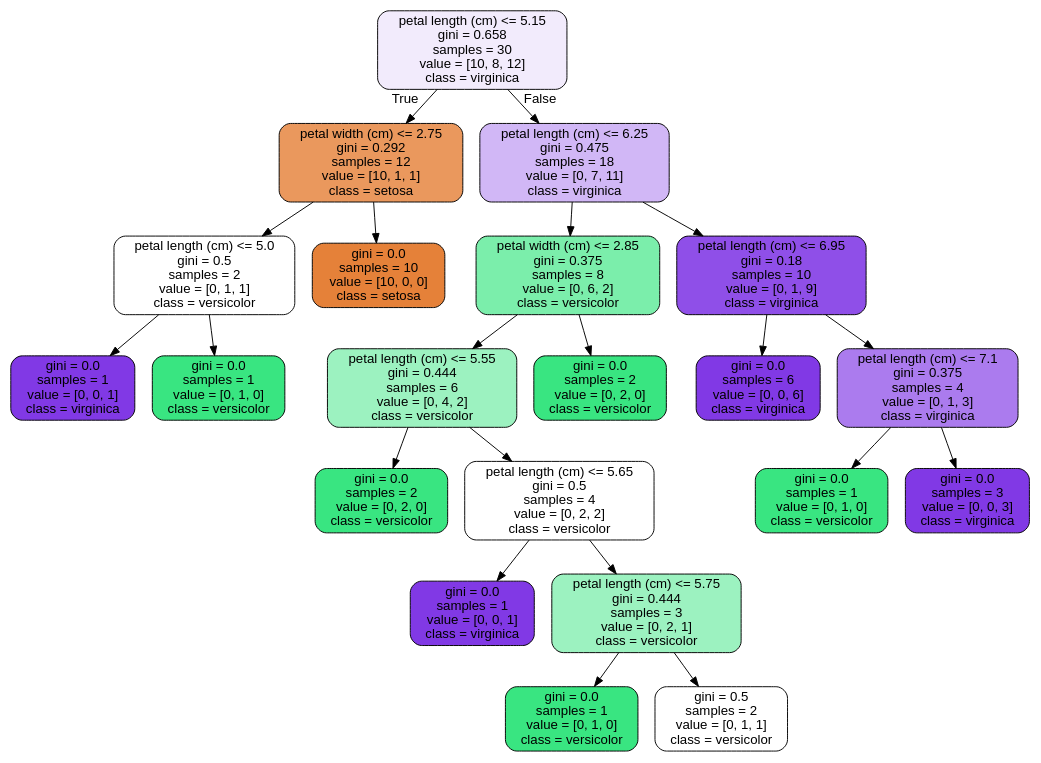
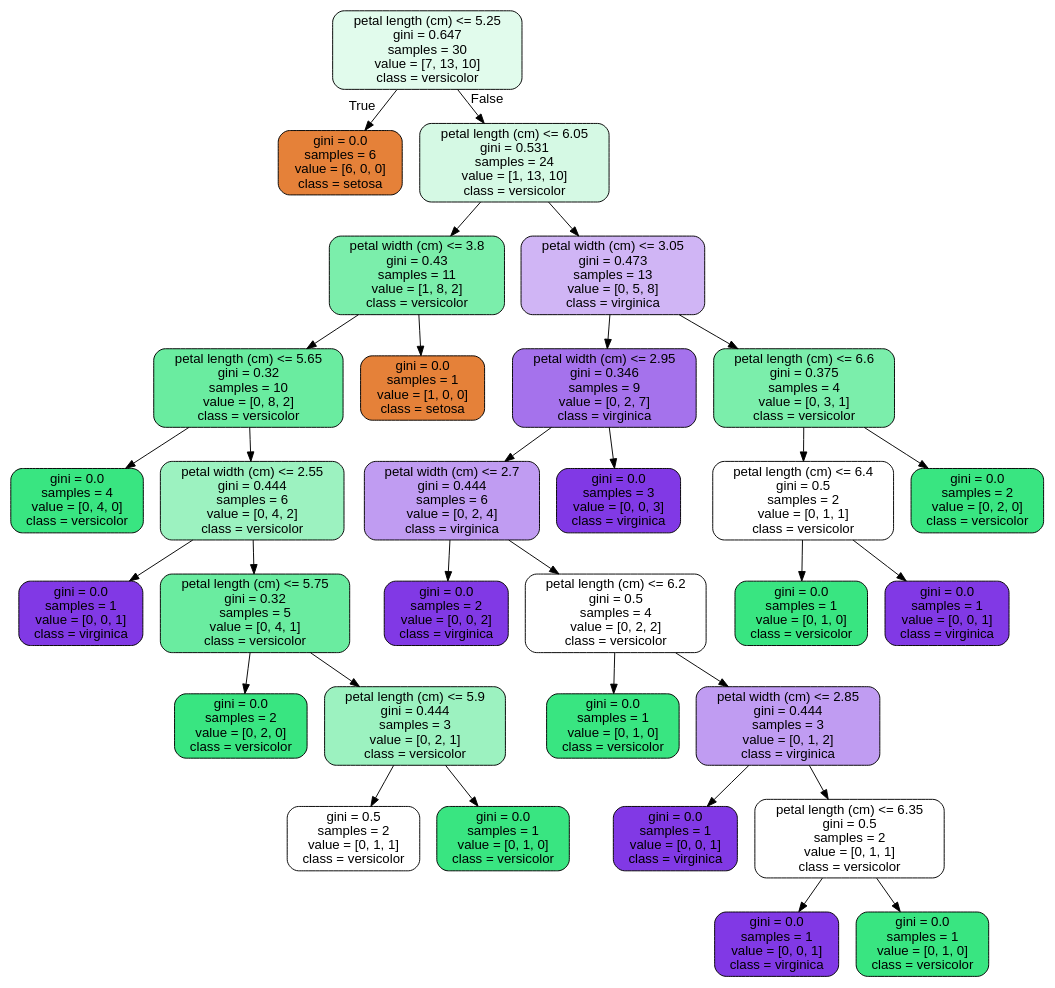
One commit to JoseDeJesusMendozaBecerril/Practica4_MineriaDeDatos changed the diagram in images/decision_trees/iris_tree_test.dot. Above: the diagram before and after it, drawn with Graphviz. The commit also changed 8 other files, not shown here.

```diff
--- a/images/decision_trees/iris_tree_test.dot
+++ b/images/decision_trees/iris_tree_test.dot
@@ -1,45 +1,65 @@
 digraph Tree {
 node [shape=box, style="filled, rounded", color="black", fontname=helvetica] ;
 edge [fontname=helvetica] ;
-0 [label="petal length (cm) <= 5.15\ngini = 0.658\nsamples = 30\nvalue = [10, 8, 12]\nclass = virginica", fillcolor="#f2ebfc"] ;
-1 [label="petal width (cm) <= 2.75\ngini = 0.292\nsamples = 12\nvalue = [10, 1, 1]\nclass = setosa", fillcolor="#ea985d"] ;
+0 [label="petal length (cm) <= 5.25\ngini = 0.647\nsamples = 30\nvalue = [7, 13, 10]\nclass = versicolor", fillcolor="#e1fbec"] ;
+1 [label="gini = 0.0\nsamples = 6\nvalue = [6, 0, 0]\nclass = setosa", fillcolor="#e58139"] ;
 0 -> 1 [labeldistance=2.5, labelangle=45, headlabel="True"] ;
-2 [label="petal length (cm) <= 5.0\ngini = 0.5\nsamples = 2\nvalue = [0, 1, 1]\nclass = versicolor", fillcolor="#ffffff"] ;
-1 -> 2 ;
-3 [label="gini = 0.0\nsamples = 1\nvalue = [0, 0, 1]\nclass = virginica", fillcolor="#8139e5"] ;
+2 [label="petal length (cm) <= 6.05\ngini = 0.531\nsamples = 24\nvalue = [1, 13, 10]\nclass = versicolor", fillcolor="#d5f9e4"] ;
+0 -> 2 [labeldistance=2.5, labelangle=-45, headlabel="False"] ;
+3 [label="petal width (cm) <= 3.8\ngini = 0.43\nsamples = 11\nvalue = [1, 8, 2]\nclass = versicolor", fillcolor="#7beeab"] ;
 2 -> 3 ;
-4 [label="gini = 0.0\nsamples = 1\nvalue = [0, 1, 0]\nclass = versicolor", fillcolor="#39e581"] ;
-2 -> 4 ;
-5 [label="gini = 0.0\nsamples = 10\nvalue = [10, 0, 0]\nclass = setosa", fillcolor="#e58139"] ;
-1 -> 5 ;
-6 [label="petal length (cm) <= 6.25\ngini = 0.475\nsamples = 18\nvalue = [0, 7, 11]\nclass = virginica", fillcolor="#d1b7f6"] ;
-0 -> 6 [labeldistance=2.5, labelangle=-45, headlabel="False"] ;
-7 [label="petal width (cm) <= 2.85\ngini = 0.375\nsamples = 8\nvalue = [0, 6, 2]\nclass = versicolor", fillcolor="#7beeab"] ;
+4 [label="petal length (cm) <= 5.65\ngini = 0.32\nsamples = 10\nvalue = [0, 8, 2]\nclass = versicolor", fillcolor="#6aeca0"] ;
+3 -> 4 ;
+5 [label="gini = 0.0\nsamples = 4\nvalue = [0, 4, 0]\nclass = versicolor", fillcolor="#39e581"] ;
+4 -> 5 ;
+6 [label="petal width (cm) <= 2.55\ngini = 0.444\nsamples = 6\nvalue = [0, 4, 2]\nclass = versicolor", fillcolor="#9cf2c0"] ;
+4 -> 6 ;
+7 [label="gini = 0.0\nsamples = 1\nvalue = [0, 0, 1]\nclass = virginica", fillcolor="#8139e5"] ;
 6 -> 7 ;
-8 [label="petal length (cm) <= 5.55\ngini = 0.444\nsamples = 6\nvalue = [0, 4, 2]\nclass = versicolor", fillcolor="#9cf2c0"] ;
-7 -> 8 ;
+8 [label="petal length (cm) <= 5.75\ngini = 0.32\nsamples = 5\nvalue = [0, 4, 1]\nclass = versicolor", fillcolor="#6aeca0"] ;
+6 -> 8 ;
 9 [label="gini = 0.0\nsamples = 2\nvalue = [0, 2, 0]\nclass = versicolor", fillcolor="#39e581"] ;
 8 -> 9 ;
-10 [label="petal length (cm) <= 5.65\ngini = 0.5\nsamples = 4\nvalue = [0, 2, 2]\nclass = versicolor", fillcolor="#ffffff"] ;
+10 [label="petal length (cm) <= 5.9\ngini = 0.444\nsamples = 3\nvalue = [0, 2, 1]\nclass = versicolor", fillcolor="#9cf2c0"] ;
 8 -> 10 ;
-11 [label="gini = 0.0\nsamples = 1\nvalue = [0, 0, 1]\nclass = virginica", fillcolor="#8139e5"] ;
+11 [label="gini = 0.5\nsamples = 2\nvalue = [0, 1, 1]\nclass = versicolor", fillcolor="#ffffff"] ;
 10 -> 11 ;
-12 [label="petal length (cm) <= 5.75\ngini = 0.444\nsamples = 3\nvalue = [0, 2, 1]\nclass = versicolor", fillcolor="#9cf2c0"] ;
+12 [label="gini = 0.0\nsamples = 1\nvalue = [0, 1, 0]\nclass = versicolor", fillcolor="#39e581"] ;
 10 -> 12 ;
-13 [label="gini = 0.0\nsamples = 1\nvalue = [0, 1, 0]\nclass = versicolor", fillcolor="#39e581"] ;
-12 -> 13 ;
-14 [label="gini = 0.5\nsamples = 2\nvalue = [0, 1, 1]\nclass = versicolor", fillcolor="#ffffff"] ;
-12 -> 14 ;
-15 [label="gini = 0.0\nsamples = 2\nvalue = [0, 2, 0]\nclass = versicolor", fillcolor="#39e581"] ;
-7 -> 15 ;
-16 [label="petal length (cm) <= 6.95\ngini = 0.18\nsamples = 10\nvalue = [0, 1, 9]\nclass = virginica", fillcolor="#8f4fe8"] ;
-6 -> 16 ;
-17 [label="gini = 0.0\nsamples = 6\nvalue = [0, 0, 6]\nclass = virginica", fillcolor="#8139e5"] ;
+13 [label="gini = 0.0\nsamples = 1\nvalue = [1, 0, 0]\nclass = setosa", fillcolor="#e58139"] ;
+3 -> 13 ;
+14 [label="petal width (cm) <= 3.05\ngini = 0.473\nsamples = 13\nvalue = [0, 5, 8]\nclass = virginica", fillcolor="#d0b5f5"] ;
+2 -> 14 ;
+15 [label="petal width (cm) <= 2.95\ngini = 0.346\nsamples = 9\nvalue = [0, 2, 7]\nclass = virginica", fillcolor="#a572ec"] ;
+14 -> 15 ;
+16 [label="petal width (cm) <= 2.7\ngini = 0.444\nsamples = 6\nvalue = [0, 2, 4]\nclass = virginica", fillcolor="#c09cf2"] ;
+15 -> 16 ;
+17 [label="gini = 0.0\nsamples = 2\nvalue = [0, 0, 2]\nclass = virginica", fillcolor="#8139e5"] ;
 16 -> 17 ;
-18 [label="petal length (cm) <= 7.1\ngini = 0.375\nsamples = 4\nvalue = [0, 1, 3]\nclass = virginica", fillcolor="#ab7bee"] ;
+18 [label="petal length (cm) <= 6.2\ngini = 0.5\nsamples = 4\nvalue = [0, 2, 2]\nclass = versicolor", fillcolor="#ffffff"] ;
 16 -> 18 ;
 19 [label="gini = 0.0\nsamples = 1\nvalue = [0, 1, 0]\nclass = versicolor", fillcolor="#39e581"] ;
 18 -> 19 ;
-20 [label="gini = 0.0\nsamples = 3\nvalue = [0, 0, 3]\nclass = virginica", fillcolor="#8139e5"] ;
+20 [label="petal width (cm) <= 2.85\ngini = 0.444\nsamples = 3\nvalue = [0, 1, 2]\nclass = virginica", fillcolor="#c09cf2"] ;
 18 -> 20 ;
+21 [label="gini = 0.0\nsamples = 1\nvalue = [0, 0, 1]\nclass = virginica", fillcolor="#8139e5"] ;
+20 -> 21 ;
+22 [label="petal length (cm) <= 6.35\ngini = 0.5\nsamples = 2\nvalue = [0, 1, 1]\nclass = versicolor", fillcolor="#ffffff"] ;
+20 -> 22 ;
+23 [label="gini = 0.0\nsamples = 1\nvalue = [0, 0, 1]\nclass = virginica", fillcolor="#8139e5"] ;
+22 -> 23 ;
+24 [label="gini = 0.0\nsamples = 1\nvalue = [0, 1, 0]\nclass = versicolor", fillcolor="#39e581"] ;
+22 -> 24 ;
+25 [label="gini = 0.0\nsamples = 3\nvalue = [0, 0, 3]\nclass = virginica", fillcolor="#8139e5"] ;
+15 -> 25 ;
+26 [label="petal length (cm) <= 6.6\ngini = 0.375\nsamples = 4\nvalue = [0, 3, 1]\nclass = versicolor", fillcolor="#7beeab"] ;
+14 -> 26 ;
+27 [label="petal length (cm) <= 6.4\ngini = 0.5\nsamples = 2\nvalue = [0, 1, 1]\nclass = versicolor", fillcolor="#ffffff"] ;
+26 -> 27 ;
+28 [label="gini = 0.0\nsamples = 1\nvalue = [0, 1, 0]\nclass = versicolor", fillcolor="#39e581"] ;
+27 -> 28 ;
+29 [label="gini = 0.0\nsamples = 1\nvalue = [0, 0, 1]\nclass = virginica", fillcolor="#8139e5"] ;
+27 -> 29 ;
+30 [label="gini = 0.0\nsamples = 2\nvalue = [0, 2, 0]\nclass = versicolor", fillcolor="#39e581"] ;
+26 -> 30 ;
 }
```
